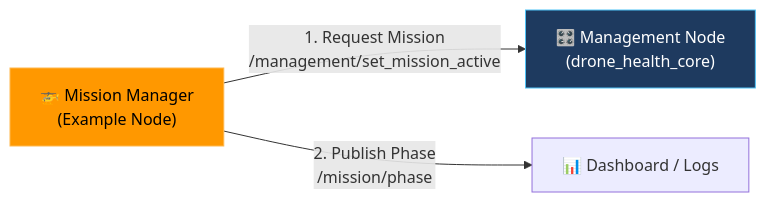
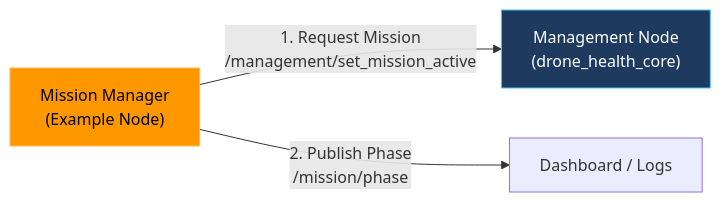
Before and after one commit to NILAMATHI1999/drone-health-modular-framework: the first of 2 diagrams in src/drone_health_examples/mission_manager/README.md, drawn with Mermaid. The commit also changed other lines of this file, not shown here.

````diff
--- a/src/drone_health_examples/mission_manager/README.md
+++ b/src/drone_health_examples/mission_manager/README.md
@@ -14,12 +14,12 @@
 ```mermaid
 graph LR
-    MM["🚁 Mission Manager<br/>(Example Node)"]
-    MN["🎛️ Management Node<br/>(drone_health_core)"]
-    DB["📊 Dashboard / Logs"]
+    MM[" Mission Manager<br/>(Example Node)"]
+    MN[" Management Node<br/>(drone_health_core)"]
+    DB[" Dashboard / Logs"]
 
     MM -->|"1. Request Mission<br/>/management/set_mission_active"| MN
     MM -->|"2. Publish Phase<br/>/mission/phase"| DB
     
     style MM fill:#ff9800,stroke:#ffb74d,color:#000
     style MN fill:#1e3a5f,stroke:#4fc3f7,color:#fff
 ```
````
